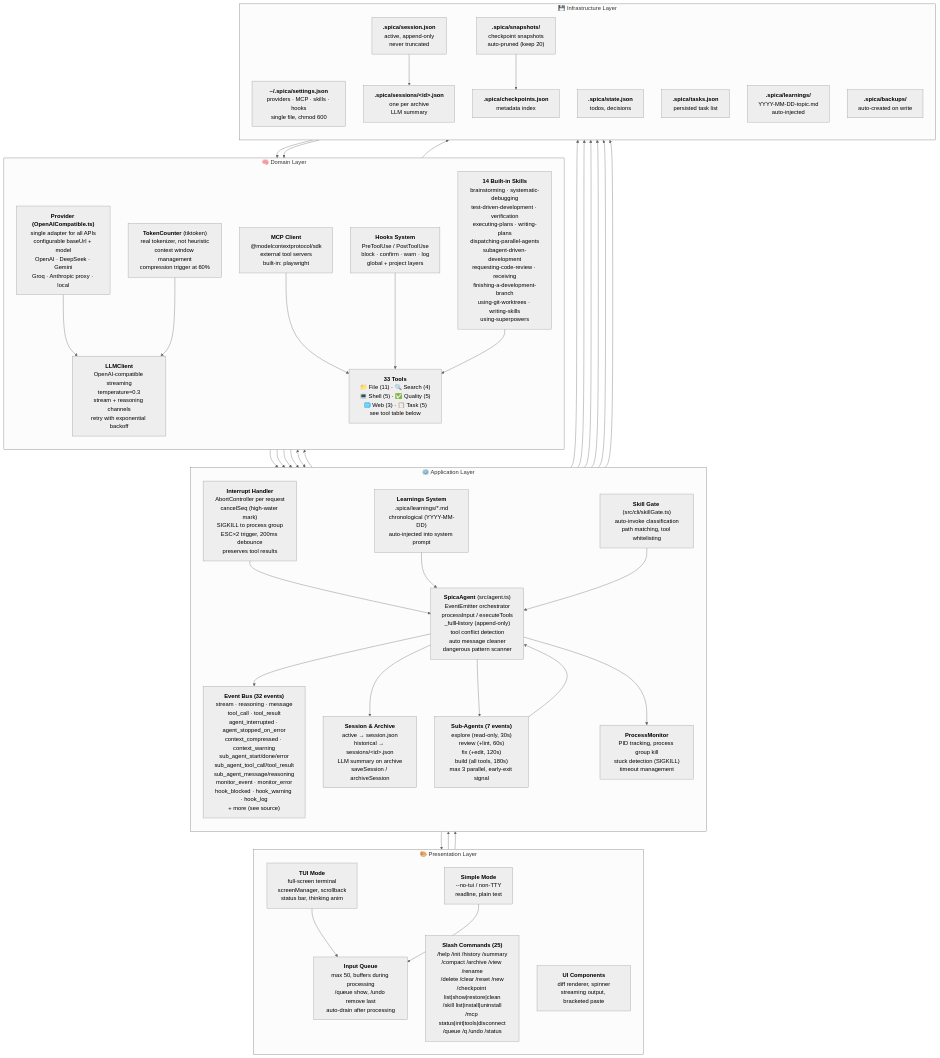
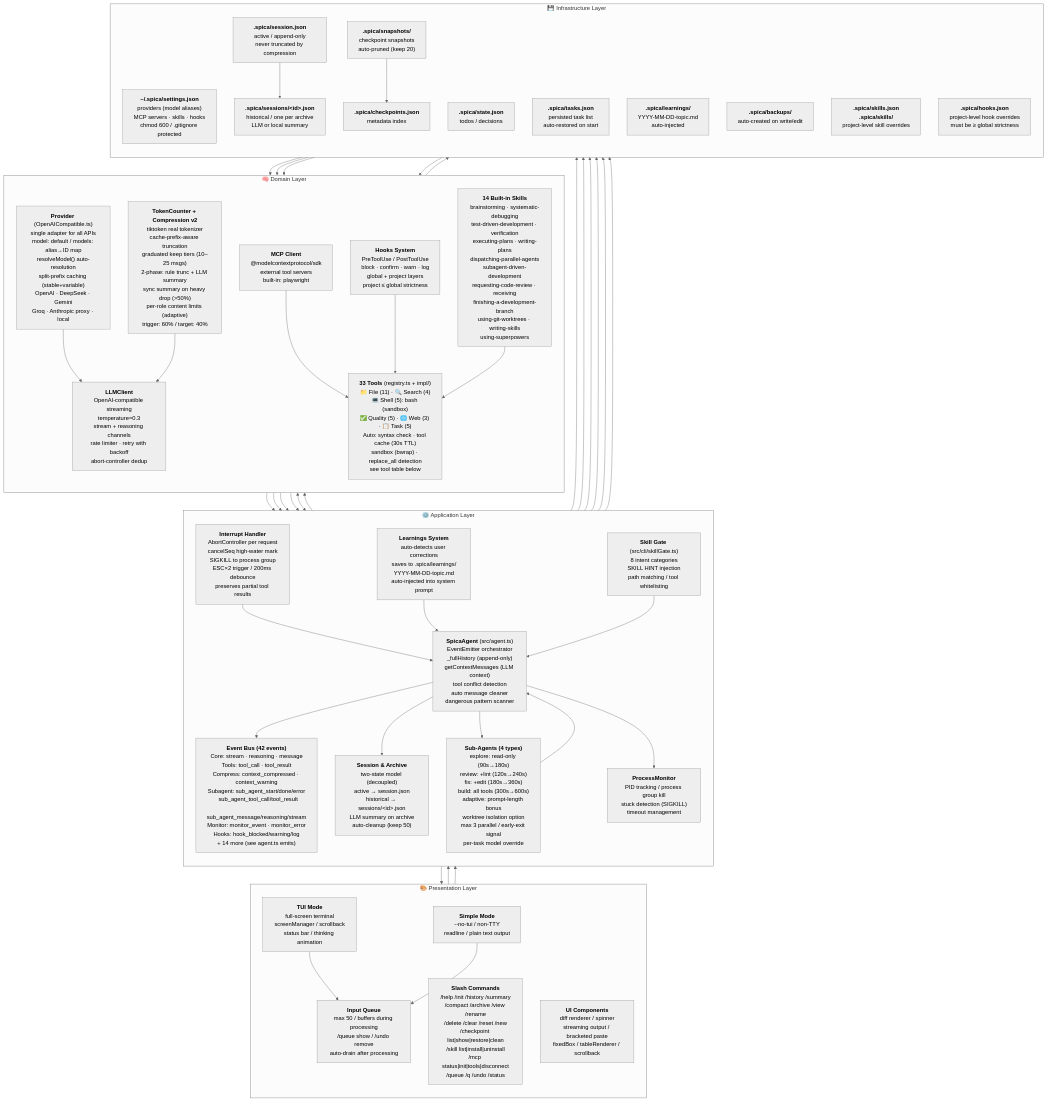
The diagram in README.md (linnin233/spica-cli), drawn with Mermaid (neutral theme) before and after one commit. The commit also changed 29 other files, not shown here.

First line of the commit message:
fix: accurate context counter + architecture diagrams

````diff
--- a/README.md
+++ b/README.md
@@ -58,47 +58,49 @@
 graph TB
     subgraph PRES["🎨 Presentation Layer"]
         direction TB
-        TUI["<b>TUI Mode</b><br/>full-screen terminal<br/>screenManager, scrollback<br/>status bar, thinking anim"]
-        SIMPLE["<b>Simple Mode</b><br/>--no-tui / non-TTY<br/>readline, plain text"]
-        CMD["<b>Slash Commands (25)</b><br/>/help /init /history /summary<br/>/compact /archive /view /rename<br/>/delete /clear /reset /new<br/>/checkpoint list|show|restore|clean<br/>/skill list|install|uninstall<br/>/mcp status|init|tools|disconnect<br/>/queue /q /undo /status"]
-        IQ["<b>Input Queue</b><br/>max 50, buffers during processing<br/>/queue show, /undo remove last<br/>auto-drain after processing"]
-        UI["<b>UI Components</b><br/>diff renderer, spinner<br/>streaming output, bracketed paste"]
+        TUI["<b>TUI Mode</b><br/>full-screen terminal<br/>screenManager / scrollback<br/>status bar / thinking animation"]
+        SIMPLE["<b>Simple Mode</b><br/>--no-tui / non-TTY<br/>readline / plain text output"]
+        CMD["<b>Slash Commands</b><br/>/help /init /history /summary<br/>/compact /archive /view /rename<br/>/delete /clear /reset /new<br/>/checkpoint list|show|restore|clean<br/>/skill list|install|uninstall<br/>/mcp status|init|tools|disconnect<br/>/queue /q /undo /status"]
+        IQ["<b>Input Queue</b><br/>max 50 / buffers during processing<br/>/queue show / /undo remove<br/>auto-drain after processing"]
+        UI["<b>UI Components</b><br/>diff renderer / spinner<br/>streaming output / bracketed paste<br/>fixedBox / tableRenderer / scrollback"]
     end
 
     subgraph APP["⚙️ Application Layer"]
         direction TB
-        AGENT["<b>SpicaAgent</b> (src/agent.ts)<br/>EventEmitter orchestrator<br/>processInput / executeTools<br/>_fullHistory (append-only)<br/>tool conflict detection<br/>auto message cleaner<br/>dangerous pattern scanner"]
-        GATE["<b>Skill Gate</b> (src/cli/skillGate.ts)<br/>auto-invoke classification<br/>path matching, tool whitelisting"]
-        EVENTS["<b>Event Bus (32 events)</b><br/>stream · reasoning · message<br/>tool_call · tool_result<br/>agent_interrupted · agent_stopped_on_error<br/>context_compressed · context_warning<br/>sub_agent_start/done/error<br/>sub_agent_tool_call/tool_result<br/>sub_agent_message/reasoning<br/>monitor_event · monitor_error<br/>hook_blocked · hook_warning · hook_log<br/>+ more (see source)"]
-        INTR["<b>Interrupt Handler</b><br/>AbortController per request<br/>cancelSeq (high-water mark)<br/>SIGKILL to process group<br/>ESC×2 trigger, 200ms debounce<br/>preserves tool results"]
-        SESSION["<b>Session & Archive</b><br/>active → session.json<br/>historical → sessions/&lt;id&gt;.json<br/>LLM summary on archive<br/>saveSession / archiveSession"]
-        SUB["<b>Sub-Agents (7 events)</b><br/>explore (read-only, 30s)<br/>review (+lint, 60s)<br/>fix (+edit, 120s)<br/>build (all tools, 180s)<br/>max 3 parallel, early-exit signal"]
-        PMON["<b>ProcessMonitor</b><br/>PID tracking, process group kill<br/>stuck detection (SIGKILL)<br/>timeout management"]
-        LEARN["<b>Learnings System</b><br/>.spica/learnings/*.md<br/>chronological (YYYY-MM-DD)<br/>auto-injected into system prompt"]
+        AGENT["<b>SpicaAgent</b> (src/agent.ts)<br/>EventEmitter orchestrator<br/>_fullHistory (append-only)<br/>getContextMessages (LLM context)<br/>tool conflict detection<br/>auto message cleaner<br/>dangerous pattern scanner"]
+        GATE["<b>Skill Gate</b> (src/cli/skillGate.ts)<br/>8 intent categories<br/>SKILL HINT injection<br/>path matching / tool whitelisting"]
+        EVENTS["<b>Event Bus (42 events)</b><br/>Core: stream · reasoning · message<br/>Tools: tool_call · tool_result<br/>Compress: context_compressed · context_warning<br/>Subagent: sub_agent_start/done/error<br/>  sub_agent_tool_call/tool_result<br/>  sub_agent_message/reasoning/stream<br/>Monitor: monitor_event · monitor_error<br/>Hooks: hook_blocked/warning/log<br/>+ 14 more (see agent.ts emits)"]
+        INTR["<b>Interrupt Handler</b><br/>AbortController per request<br/>cancelSeq high-water mark<br/>SIGKILL to process group<br/>ESC×2 trigger / 200ms debounce<br/>preserves partial tool results"]
+        SESSION["<b>Session & Archive</b><br/>two-state model (decoupled)<br/>active → session.json<br/>historical → sessions/&lt;id&gt;.json<br/>LLM summary on archive<br/>auto-cleanup (keep 50)"]
+        SUB["<b>Sub-Agents (4 types)</b><br/>explore: read-only (90s→180s)<br/>review: +lint (120s→240s)<br/>fix: +edit (180s→360s)<br/>build: all tools (300s→600s)<br/>adaptive: prompt-length bonus<br/>worktree isolation option<br/>max 3 parallel / early-exit signal<br/>per-task model override"]
+        PMON["<b>ProcessMonitor</b><br/>PID tracking / process group kill<br/>stuck detection (SIGKILL)<br/>timeout management"]
+        LEARN["<b>Learnings System</b><br/>auto-detects user corrections<br/>saves to .spica/learnings/<br/>YYYY-MM-DD-topic.md<br/>auto-injected into system prompt"]
     end
 
     subgraph DOMAIN["🧠 Domain Layer"]
         direction TB
-        LLM["<b>LLMClient</b><br/>OpenAI-compatible streaming<br/>temperature=0.3<br/>stream + reasoning channels<br/>retry with exponential backoff"]
-        PROV["<b>Provider (OpenAICompatible.ts)</b><br/>single adapter for all APIs<br/>configurable baseUrl + model<br/>OpenAI · DeepSeek · Gemini<br/>Groq · Anthropic proxy · local"]
-        TOK["<b>TokenCounter</b> (tiktoken)<br/>real tokenizer, not heuristic<br/>context window management<br/>compression trigger at 60%"]
-        TOOLS["<b>33 Tools</b><br/>📁 File (11) · 🔍 Search (4)<br/>💻 Shell (5) · ✅ Quality (5)<br/>🌐 Web (3) · 📋 Task (5)<br/>see tool table below"]
+        LLM["<b>LLMClient</b><br/>OpenAI-compatible streaming<br/>temperature=0.3<br/>stream + reasoning channels<br/>rate limiter · retry with backoff<br/>abort-controller dedup"]
+        PROV["<b>Provider</b> (OpenAICompatible.ts)<br/>single adapter for all APIs<br/>model: default / models: alias→ID map<br/>resolveModel() auto-resolution<br/>split-prefix caching (stable+variable)<br/>OpenAI · DeepSeek · Gemini<br/>Groq · Anthropic proxy · local"]
+        TOK["<b>TokenCounter + Compression v2</b><br/>tiktoken real tokenizer<br/>cache-prefix-aware truncation<br/>graduated keep tiers (10–25 msgs)<br/>2-phase: rule trunc + LLM summary<br/>sync summary on heavy drop (>50%)<br/>per-role content limits (adaptive)<br/>trigger: 60% / target: 40%"]
+        TOOLS["<b>33 Tools</b> (registry.ts + impl/)<br/>📁 File (11) · 🔍 Search (4)<br/>💻 Shell (5): bash (sandbox)<br/>✅ Quality (5) · 🌐 Web (3) · 📋 Task (5)<br/>Auto: syntax check · tool cache (30s TTL)<br/>sandbox (bwrap) · replace_all detection<br/>see tool table below"]
         MCP["<b>MCP Client</b><br/>@modelcontextprotocol/sdk<br/>external tool servers<br/>built-in: playwright"]
-        HOOKS["<b>Hooks System</b><br/>PreToolUse / PostToolUse<br/>block · confirm · warn · log<br/>global + project layers"]
+        HOOKS["<b>Hooks System</b><br/>PreToolUse / PostToolUse<br/>block · confirm · warn · log<br/>global + project layers<br/>project ≤ global strictness"]
         SKILLS["<b>14 Built-in Skills</b><br/>brainstorming · systematic-debugging<br/>test-driven-development · verification<br/>executing-plans · writing-plans<br/>dispatching-parallel-agents<br/>subagent-driven-development<br/>requesting-code-review · receiving<br/>finishing-a-development-branch<br/>using-git-worktrees · writing-skills<br/>using-superpowers"]
     end
 
     subgraph INFRA["💾 Infrastructure Layer"]
         direction TB
-        GLOBAL["<b>~/.spica/settings.json</b><br/>providers · MCP · skills · hooks<br/>single file, chmod 600"]
-        ACTIVE["<b>.spica/session.json</b><br/>active, append-only<br/>never truncated"]
-        HIST["<b>.spica/sessions/&lt;id&gt;.json</b><br/>one per archive<br/>LLM summary"]
-        STATE["<b>.spica/state.json</b><br/>todos, decisions"]
-        TASKS["<b>.spica/tasks.json</b><br/>persisted task list"]
+        GLOBAL["<b>~/.spica/settings.json</b><br/>providers (model aliases)<br/>MCP servers · skills · hooks<br/>chmod 600 / .gitignore protected"]
+        ACTIVE["<b>.spica/session.json</b><br/>active / append-only<br/>never truncated by compression"]
+        HIST["<b>.spica/sessions/&lt;id&gt;.json</b><br/>historical / one per archive<br/>LLM or local summary"]
+        STATE["<b>.spica/state.json</b><br/>todos / decisions"]
+        TASKS["<b>.spica/tasks.json</b><br/>persisted task list<br/>auto-restored on start"]
         LEARNINGS["<b>.spica/learnings/</b><br/>YYYY-MM-DD-topic.md<br/>auto-injected"]
         SNAPS["<b>.spica/snapshots/</b><br/>checkpoint snapshots<br/>auto-pruned (keep 20)"]
         CHKJSON["<b>.spica/checkpoints.json</b><br/>metadata index"]
-        BACKUPS["<b>.spica/backups/</b><br/>auto-created on write"]
+        BACKUPS["<b>.spica/backups/</b><br/>auto-created on write/edit"]
+        PSKILLS["<b>.spica/skills.json<br/>.spica/skills/</b><br/>project-level skill overrides"]
+        PHOOKS["<b>.spica/hooks.json</b><br/>project-level hook overrides<br/>must be ≥ global strictness"]
     end
 
     TUI --> IQ
@@ -136,4 +138,6 @@
     AGENT --> SNAPS
     SNAPS --> CHKJSON
     TOOLS --> BACKUPS
+    PSKILLS --> SKILLS
+    PHOOKS --> HOOKS
 ```
````
